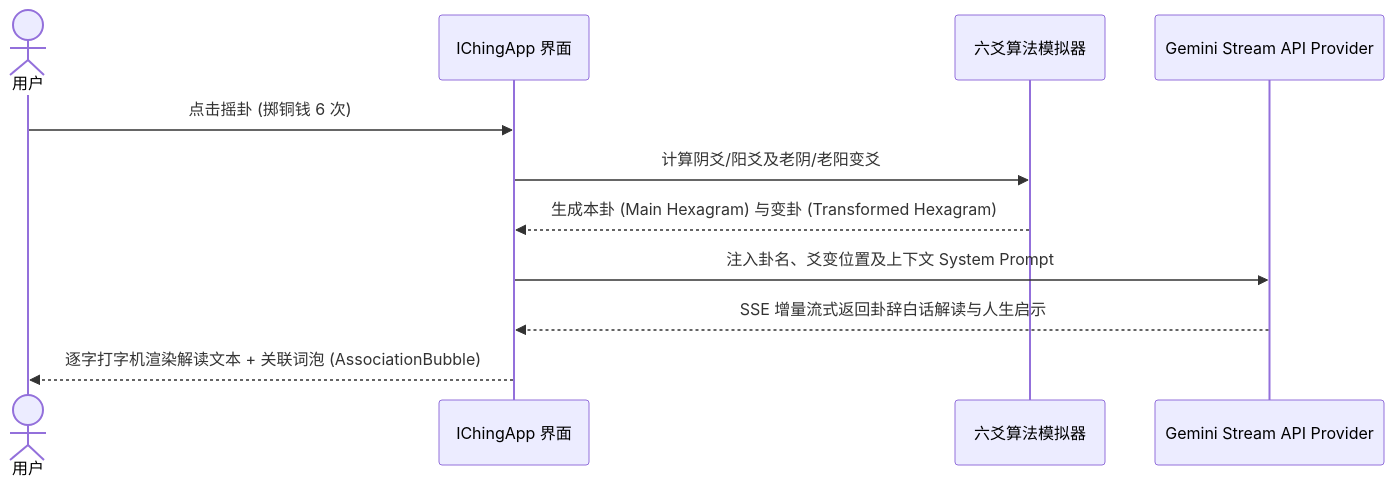
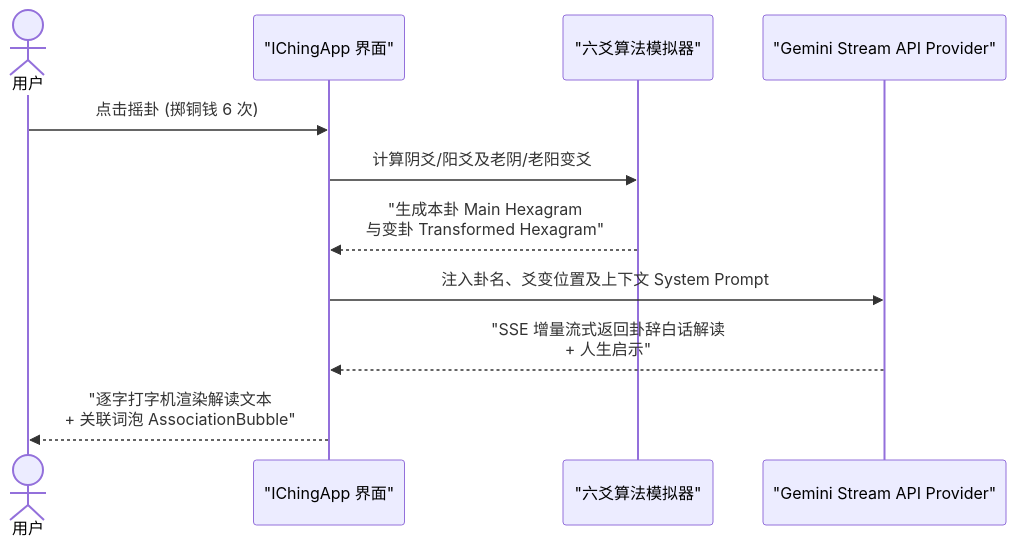
The second of 2 diagrams in README.md (MeiSiristhebest/mystic), drawn with Mermaid before and after one commit. The commit also changed other lines of this file and 1 other file, not shown here.

Commit message:
docs(readme): optimize zh + en; fix Mermaid (&/spaces quotes), badges, screenshot placeholder, add Security & Contributing

````diff
--- a/README.md
+++ b/README.md
@@ -88,14 +97,14 @@
 ```mermaid
 sequenceDiagram
     actor User as 用户
-    participant App as IChingApp 界面
-    participant Engine as 六爻算法模拟器
-    participant Gemini as Gemini Stream API Provider
+    participant App as "IChingApp 界面"
+    participant Engine as "六爻算法模拟器"
+    participant Gemini as "Gemini Stream API Provider"
 
     User->>App: 点击摇卦 (掷铜钱 6 次)
     App->>Engine: 计算阴爻/阳爻及老阴/老阳变爻
-    Engine-->>App: 生成本卦 (Main Hexagram) 与变卦 (Transformed Hexagram)
+    Engine-->>App: "生成本卦 Main Hexagram<br/>与变卦 Transformed Hexagram"
     App->>Gemini: 注入卦名、爻变位置及上下文 System Prompt
-    Gemini-->>App: SSE 增量流式返回卦辞白话解读与人生启示
-    App-->>User: 逐字打字机渲染解读文本 + 关联词泡 (AssociationBubble)
+    Gemini-->>App: "SSE 增量流式返回卦辞白话解读<br/>+ 人生启示"
+    App-->>User: "逐字打字机渲染解读文本<br/>+ 关联词泡 AssociationBubble"
 ```
````
